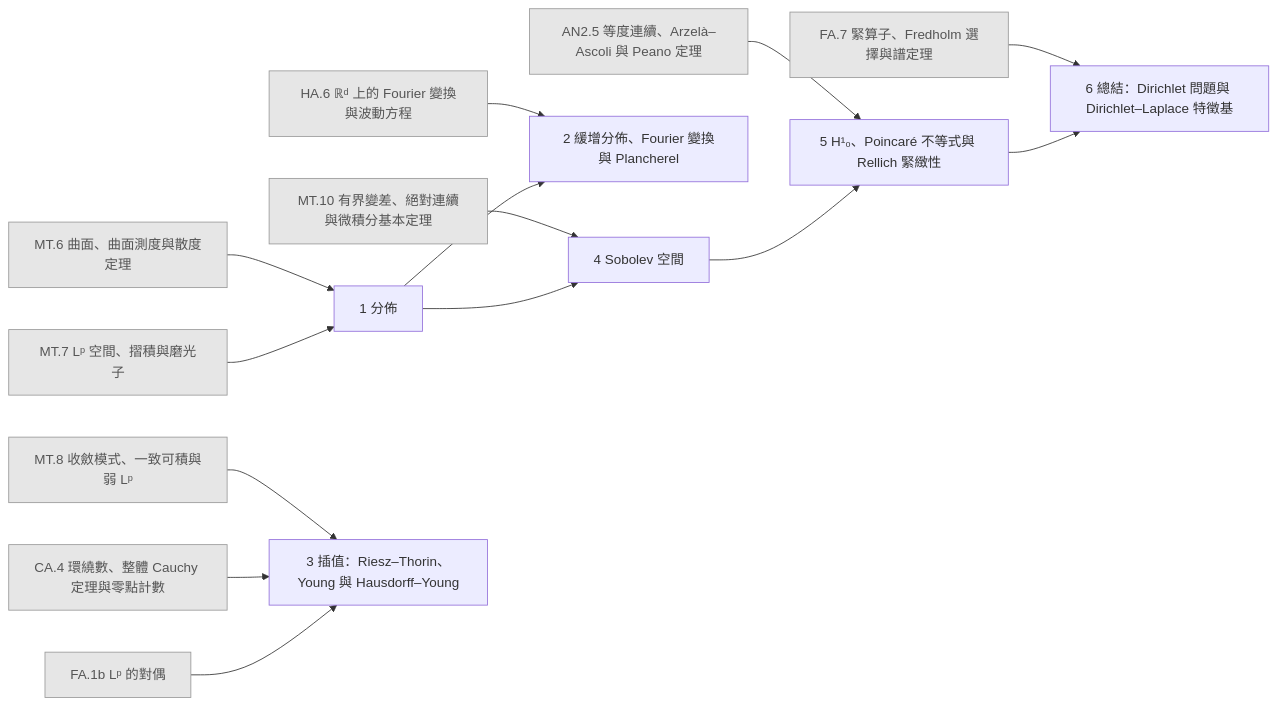
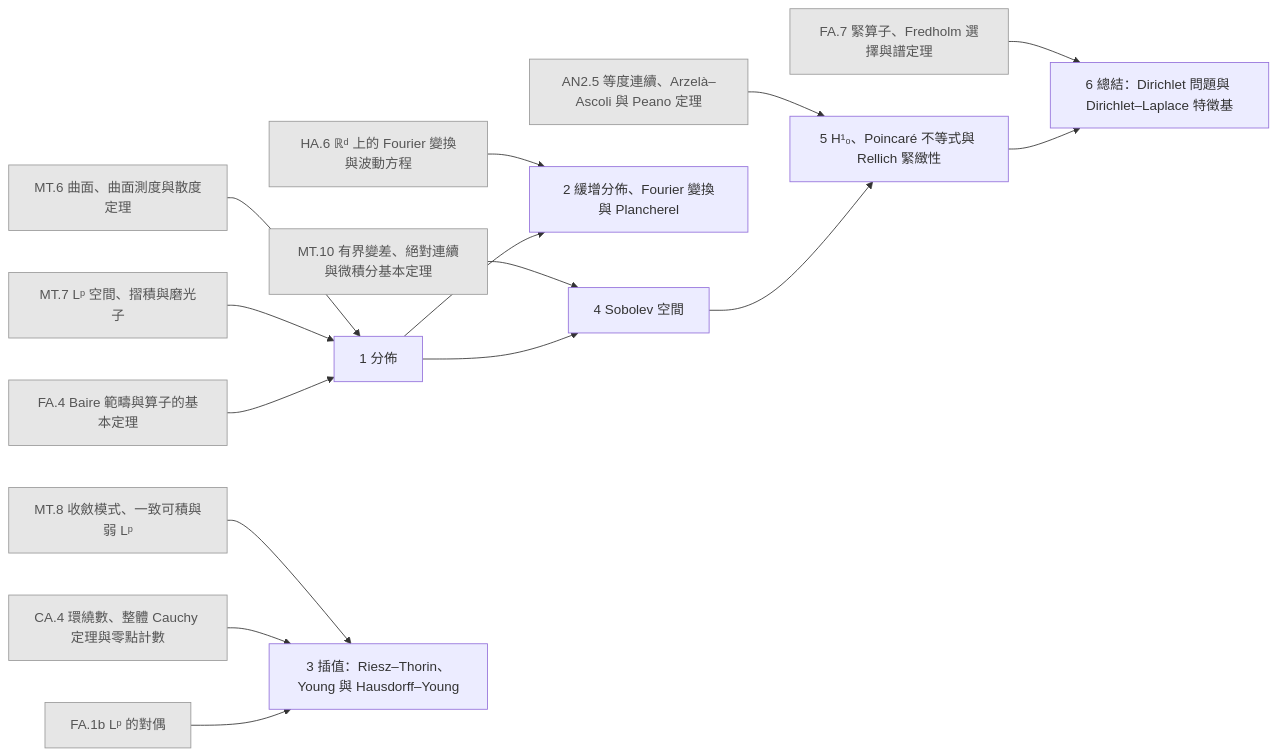
The diagram in generated/chapters/PDE.mmd (AkizumiFox/math-atlas), drawn with Mermaid before and after one commit. The commit also changed 6 other files, not shown here.

```diff
--- a/generated/chapters/PDE.mmd
+++ b/generated/chapters/PDE.mmd
@@ -1,32 +1,34 @@
 flowchart LR
   AN2_5["AN2.5 等度連續、Arzelà–Ascoli 與 Peano 定理"]:::ext
   HA_6["HA.6 ℝᵈ 上的 Fourier 變換與波動方程"]:::ext
   MT_6["MT.6 曲面、曲面測度與散度定理"]:::ext
   MT_7["MT.7 Lᵖ 空間、摺積與磨光子"]:::ext
   MT_8["MT.8 收斂模式、一致可積與弱 Lᵖ"]:::ext
   MT_10["MT.10 有界變差、絕對連續與微積分基本定理"]:::ext
   CA_4["CA.4 環繞數、整體 Cauchy 定理與零點計數"]:::ext
   FA_1b["FA.1b Lᵖ 的對偶"]:::ext
+  FA_4["FA.4 Baire 範疇與算子的基本定理"]:::ext
   FA_7["FA.7 緊算子、Fredholm 選擇與譜定理"]:::ext
   PDE_1["1 分佈"]
   PDE_2["2 緩增分佈、Fourier 變換與 Plancherel"]
   PDE_3["3 插值：Riesz–Thorin、Young 與 Hausdorff–Young"]
   PDE_4["4 Sobolev 空間"]
   PDE_5["5 H¹₀、Poincaré 不等式與 Rellich 緊緻性"]
   PDE_6["6 總結：Dirichlet 問題與 Dirichlet–Laplace 特徵基"]
   MT_6 --> PDE_1
   MT_7 --> PDE_1
+  FA_4 --> PDE_1
   HA_6 --> PDE_2
   PDE_1 --> PDE_2
   MT_8 --> PDE_3
   CA_4 --> PDE_3
   FA_1b --> PDE_3
   MT_10 --> PDE_4
   PDE_1 --> PDE_4
   AN2_5 --> PDE_5
   PDE_4 --> PDE_5
   FA_7 --> PDE_6
   PDE_5 --> PDE_6
   classDef ext fill:#e6e6e6,stroke:#999,color:#555
   classDef opt fill:#fff,stroke:#999,stroke-dasharray:4 3,color:#555
   classDef segb fill:#f6f6fb,stroke:#99a,color:#333
```
